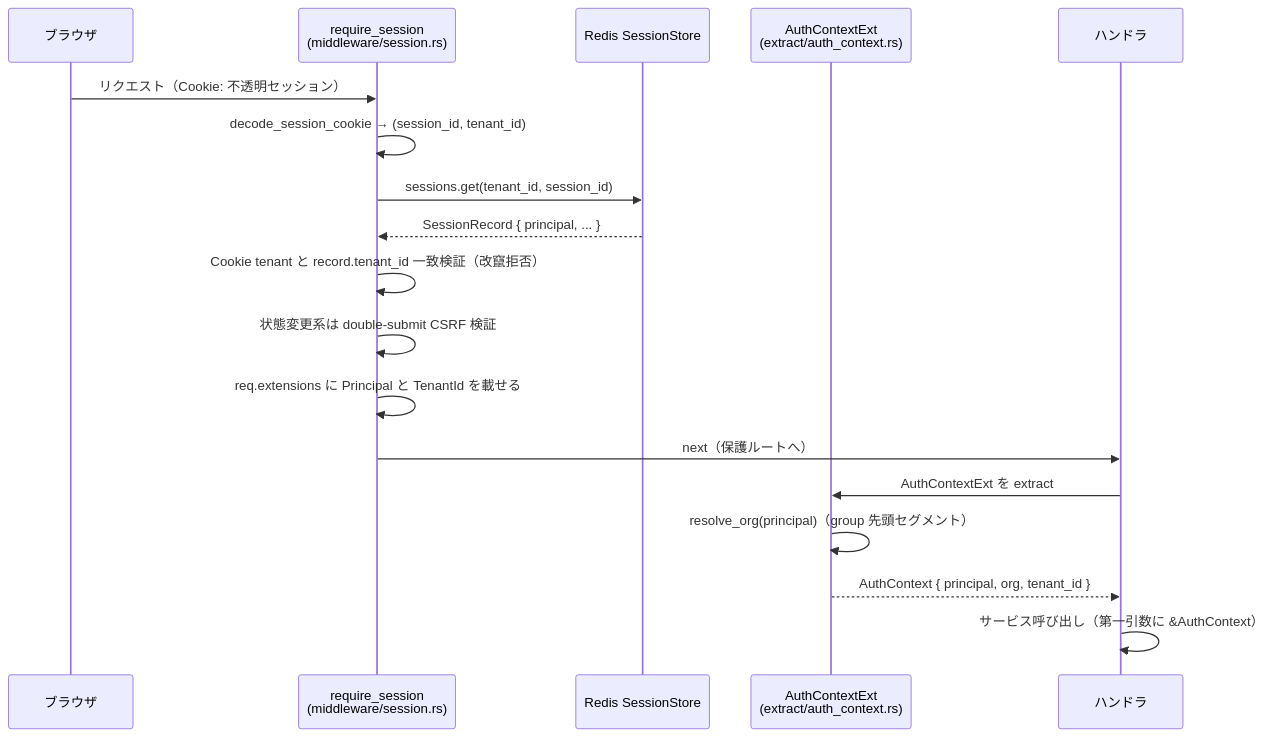
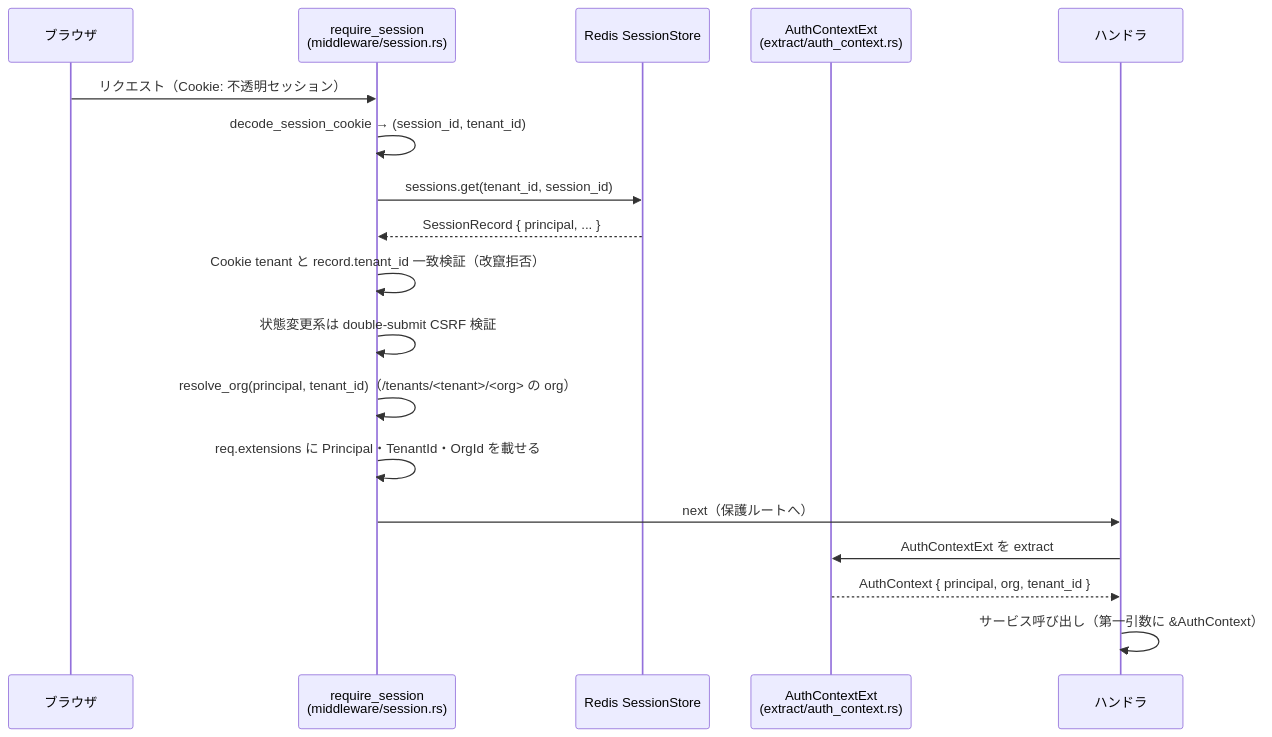
Before and after one commit to imanect-labs/shiki-platform: the fifth of 16 diagrams in docs/auth/rebac-authorization-guide.md, drawn with Mermaid. The commit also changed other lines of this file and 26 other files, not shown here.

First line of the commit message:
auth: Keycloak の org group をテナントで修飾し、org・部署を自テナント配下だけから解決する (#853)

````diff
--- a/docs/auth/rebac-authorization-guide.md
+++ b/docs/auth/rebac-authorization-guide.md
@@ -306,21 +306,21 @@
 ```mermaid
 sequenceDiagram
   participant B as ブラウザ
   participant M as require_session<br/>(middleware/session.rs)
   participant R as Redis SessionStore
   participant E as AuthContextExt<br/>(extract/auth_context.rs)
   participant H as ハンドラ
 
   B->>M: リクエスト（Cookie: 不透明セッション）
   M->>M: decode_session_cookie → (session_id, tenant_id)
   M->>R: sessions.get(tenant_id, session_id)
   R-->>M: SessionRecord { principal, ... }
   M->>M: Cookie tenant と record.tenant_id 一致検証（改竄拒否）
   M->>M: 状態変更系は double-submit CSRF 検証
-  M->>M: req.extensions に Principal と TenantId を載せる
+  M->>M: resolve_org(principal, tenant_id)（/tenants/<tenant>/<org> の org）
+  M->>M: req.extensions に Principal・TenantId・OrgId を載せる
   M->>H: next（保護ルートへ）
   H->>E: AuthContextExt を extract
-  E->>E: resolve_org(principal)（group 先頭セグメント）
   E-->>H: AuthContext { principal, org, tenant_id }
   H->>H: サービス呼び出し（第一引数に &AuthContext）
 ```
````
